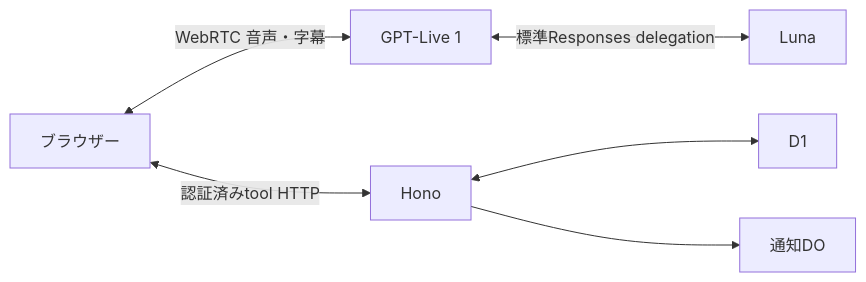
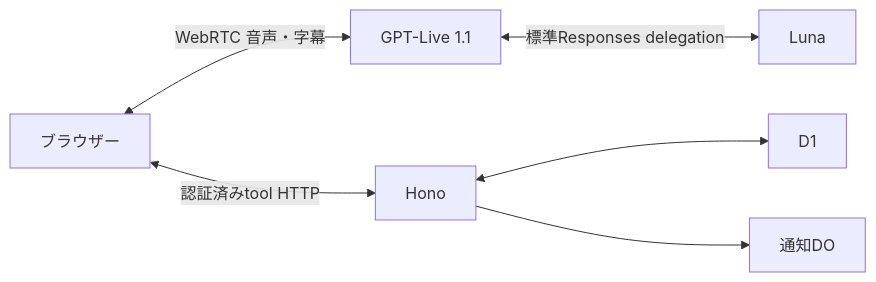
The diagram in docs/voice/integration.md (kit-codex-hack-fes-2026/tablecast-poc), drawn with Mermaid before and after one commit. The commit also changed other lines of this file and 22 other files, not shown here.

````diff
--- a/docs/voice/integration.md
+++ b/docs/voice/integration.md
@@ -7,8 +7,8 @@
 ```mermaid
 flowchart LR
-    B[ブラウザー] <-->|WebRTC 音声・字幕| L[GPT-Live 1]
+    B[ブラウザー] <-->|WebRTC 音声・字幕| L[GPT-Live 1.1]
     L <-->|標準Responses delegation| R[Luna]
     B <-->|認証済みtool HTTP| H[Hono]
     H <--> D[D1]
     H --> N[通知DO]
 ```
````
